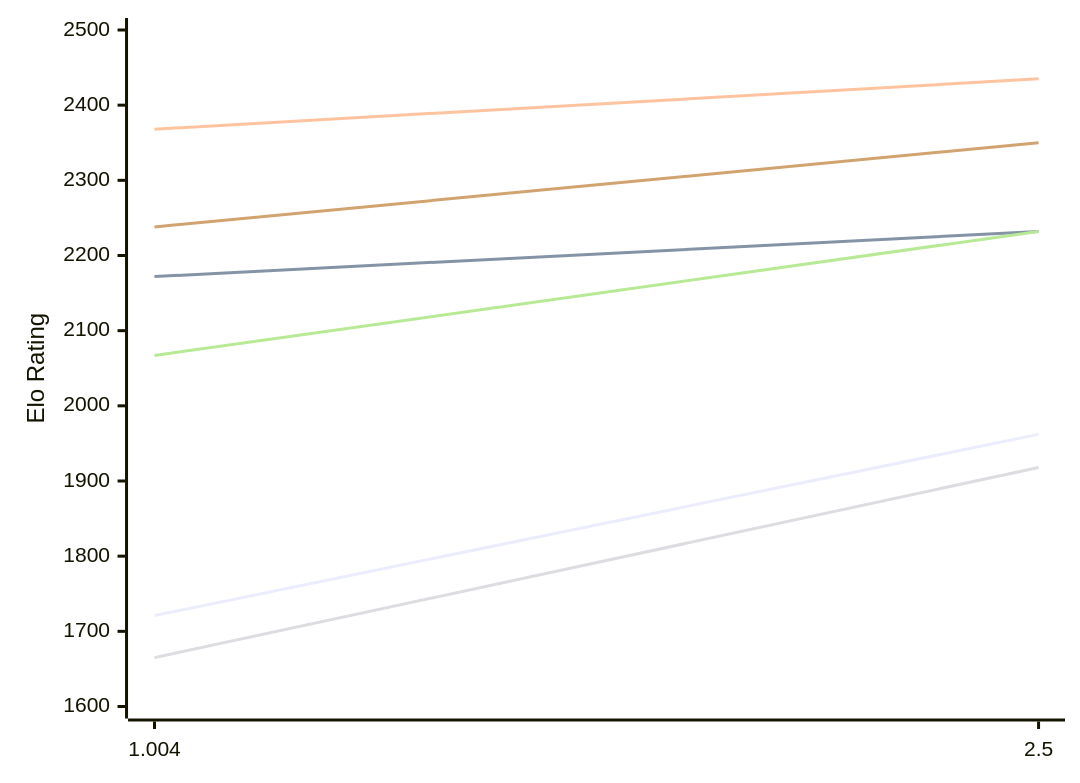
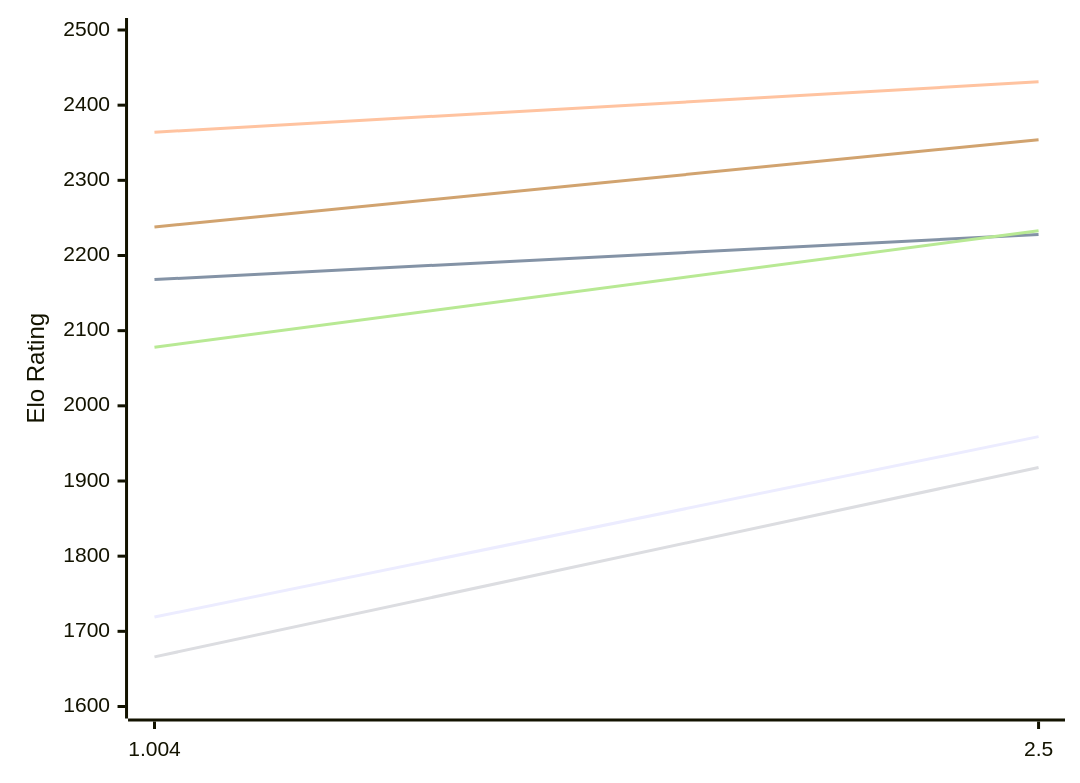
One commit to computer-chess-index/cci changed the first of 2 diagrams in engines/Ares.md. Above: the diagram before and after it, drawn with Mermaid. The commit also changed other lines of this file, not shown here.

Commit message:
Update CCI Ratings (ELO VLTC) - 2026-11-21

````diff
--- a/engines/Ares.md
+++ b/engines/Ares.md
@@ -50,12 +50,12 @@
 ```mermaid
 %%{init: {"theme":"base","themeVariables":{"seriesColors:['#a3a3a3','#222221','#faa371']}}}%%
 xychart-beta
   x-axis ["1.004", "2.5"]
   y-axis "Elo Rating" 1600 --> 2500
-  line "E1: STC (8.0+0.08s)" [1721, 1962]
-  line "E1: LTC (60.0+0.60s)" [2172, 2232]
-  line "E1: VLTC (2m24s+1.12s)" [2368, 2435]
-  line "P1: STC (8.0+0.08s)" [1665, 1918]
-  line "P1: LTC (60.0+0.60s)" [2067, 2232]
-  line "P1: VLTC (2m24s+1.12s)" [2238, 2350]
+  line "E1: STC (8.0+0.08s)" [1719, 1959]
+  line "E1: LTC (60.0+0.60s)" [2168, 2228]
+  line "E1: VLTC (2m24s+1.12s)" [2364, 2431]
+  line "P1: STC (8.0+0.08s)" [1666, 1918]
+  line "P1: LTC (60.0+0.60s)" [2078, 2233]
+  line "P1: VLTC (2m24s+1.12s)" [2238, 2354]
 ```
````
